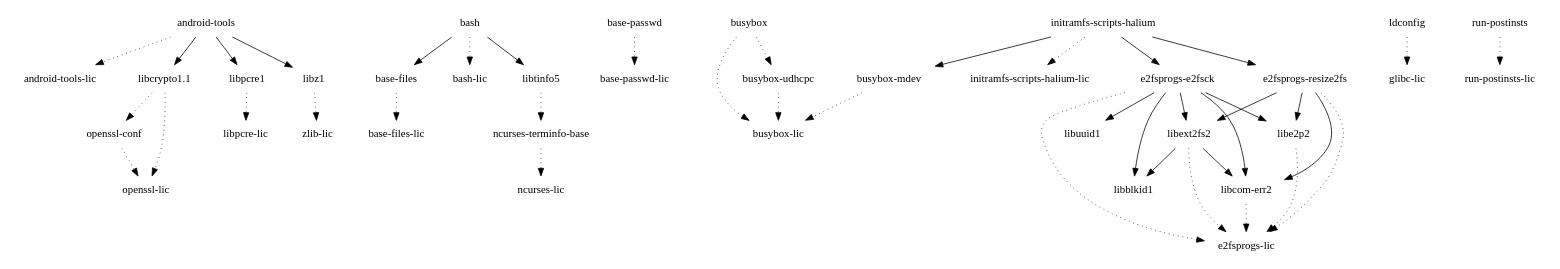
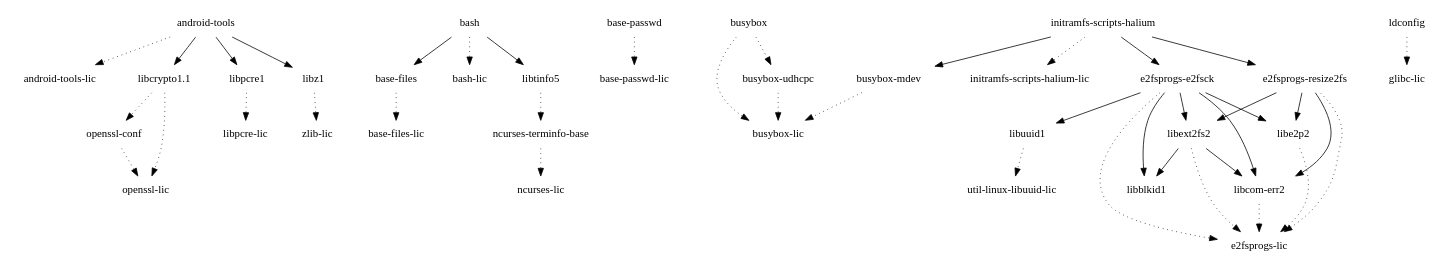
Before and after one commit to webOS-ports/buildhistory: the diagram in images/hammerhead/glibc/initramfs-android-image/depends-nokernel-nolibc-noupdate.dot, drawn with Graphviz. The commit also changed 8242 other files, not shown here.

```diff
--- a/images/hammerhead/glibc/initramfs-android-image/depends-nokernel-nolibc-noupdate.dot
+++ b/images/hammerhead/glibc/initramfs-android-image/depends-nokernel-nolibc-noupdate.dot
@@ -1,44 +1,44 @@
 digraph depends {
     node [shape=plaintext]
 "android-tools" -> "android-tools-lic" [style=dotted]
 "android-tools" -> "libcrypto1.1"
 "android-tools" -> "libpcre1"
 "android-tools" -> "libz1"
 "base-files" -> "base-files-lic" [style=dotted]
 "base-passwd" -> "base-passwd-lic" [style=dotted]
 "bash" -> "base-files"
 "bash" -> "bash-lic" [style=dotted]
 "bash" -> "libtinfo5"
 "busybox" -> "busybox-lic" [style=dotted]
 "busybox" -> "busybox-udhcpc" [style=dotted]
 "busybox-mdev" -> "busybox-lic" [style=dotted]
 "busybox-udhcpc" -> "busybox-lic" [style=dotted]
 "e2fsprogs-e2fsck" -> "e2fsprogs-lic" [style=dotted]
 "e2fsprogs-e2fsck" -> "libblkid1"
 "e2fsprogs-e2fsck" -> "libcom-err2"
 "e2fsprogs-e2fsck" -> "libe2p2"
 "e2fsprogs-e2fsck" -> "libext2fs2"
 "e2fsprogs-e2fsck" -> "libuuid1"
 "e2fsprogs-resize2fs" -> "e2fsprogs-lic" [style=dotted]
 "e2fsprogs-resize2fs" -> "libcom-err2"
 "e2fsprogs-resize2fs" -> "libe2p2"
 "e2fsprogs-resize2fs" -> "libext2fs2"
 "initramfs-scripts-halium" -> "busybox-mdev"
 "initramfs-scripts-halium" -> "e2fsprogs-e2fsck"
 "initramfs-scripts-halium" -> "e2fsprogs-resize2fs"
 "initramfs-scripts-halium" -> "initramfs-scripts-halium-lic" [style=dotted]
 "ldconfig" -> "glibc-lic" [style=dotted]
 "libcom-err2" -> "e2fsprogs-lic" [style=dotted]
 "libcrypto1.1" -> "openssl-conf" [style=dotted]
 "libcrypto1.1" -> "openssl-lic" [style=dotted]
 "libe2p2" -> "e2fsprogs-lic" [style=dotted]
 "libext2fs2" -> "e2fsprogs-lic" [style=dotted]
 "libext2fs2" -> "libblkid1"
 "libext2fs2" -> "libcom-err2"
 "libpcre1" -> "libpcre-lic" [style=dotted]
 "libtinfo5" -> "ncurses-terminfo-base" [style=dotted]
+"libuuid1" -> "util-linux-libuuid-lic" [style=dotted]
 "libz1" -> "zlib-lic" [style=dotted]
 "ncurses-terminfo-base" -> "ncurses-lic" [style=dotted]
 "openssl-conf" -> "openssl-lic" [style=dotted]
-"run-postinsts" -> "run-postinsts-lic" [style=dotted]
 }
```
